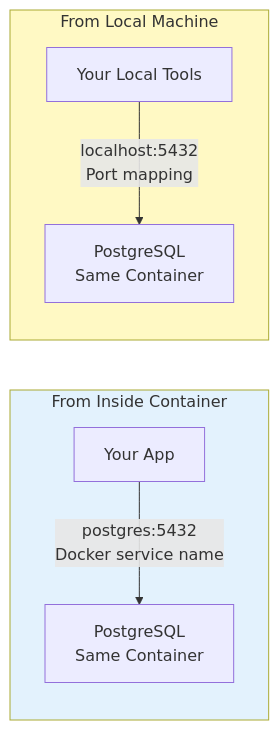
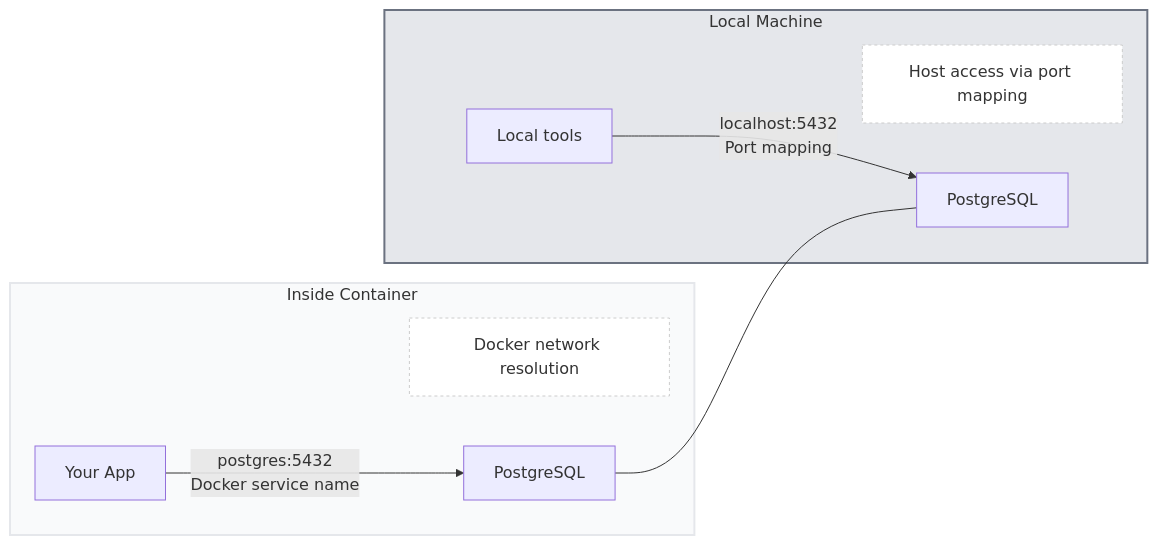
The second of 2 diagrams in docs/RUNNING.md (esystemsdev/aifabrix-builder), drawn with Mermaid before and after one commit. The commit also changed other lines of this file and 9 other files, not shown here.

````diff
--- a/docs/RUNNING.md
+++ b/docs/RUNNING.md
@@ -163,16 +171,20 @@
 ```mermaid
 flowchart LR
-    subgraph Container[From Inside Container]
-        App[Your App] -->|postgres:5432<br/>Docker service name| PostgresContainer[PostgreSQL Container]
+    subgraph Container["Inside Container"]
+        ContainerNote["Docker network resolution"]
+        App["Your App"] -->|postgres:5432<br/>Docker service name| PostgresContainer["PostgreSQL"]
     end
     
-    subgraph Localhost[From Local Machine]
-        LocalApp[Your Local Tools] -->|localhost:5432<br/>Port mapping| PostgresLocal[PostgreSQL Container]
+    subgraph Localhost["Local Machine"]
+        LocalNote["Host access via port mapping"]
+        LocalApp["Local tools"] -->|localhost:5432<br/>Port mapping| PostgresLocal["PostgreSQL"]
     end
     
-    PostgresContainer[PostgreSQL<br/>Same Container]
-    PostgresLocal[PostgreSQL<br/>Same Container]
+    PostgresContainer --- PostgresLocal
     
-    style Container fill:#e3f2fd
-    style Localhost fill:#fff9c4
+    style Container fill:#F9FAFB,stroke:#E5E7EB,stroke-width:2px
+    style Localhost fill:#E5E7EB,stroke:#6B7280,stroke-width:2px
+    style ContainerNote fill:#FFFFFF,stroke:#CCCCCC,stroke-dasharray: 3 3
+    style LocalNote fill:#FFFFFF,stroke:#CCCCCC,stroke-dasharray: 3 3
+
 ```
````
